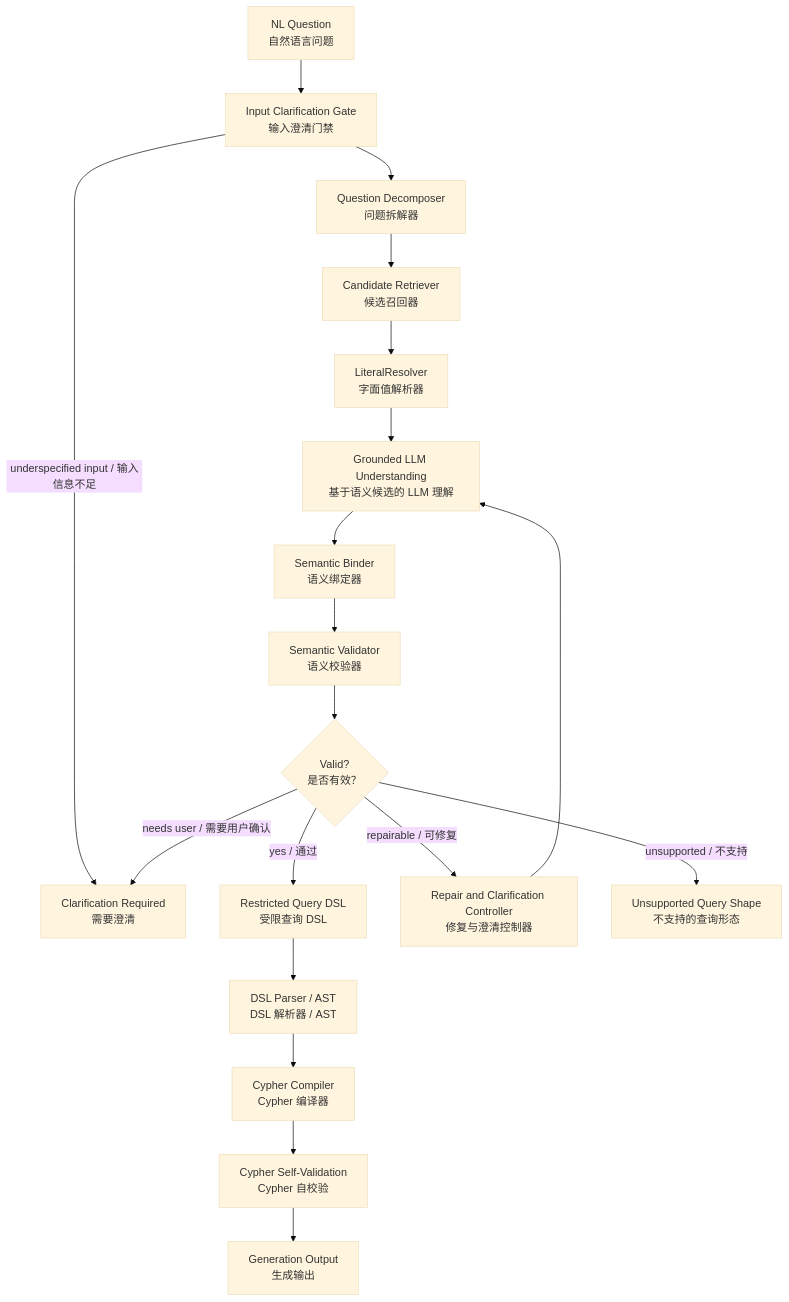
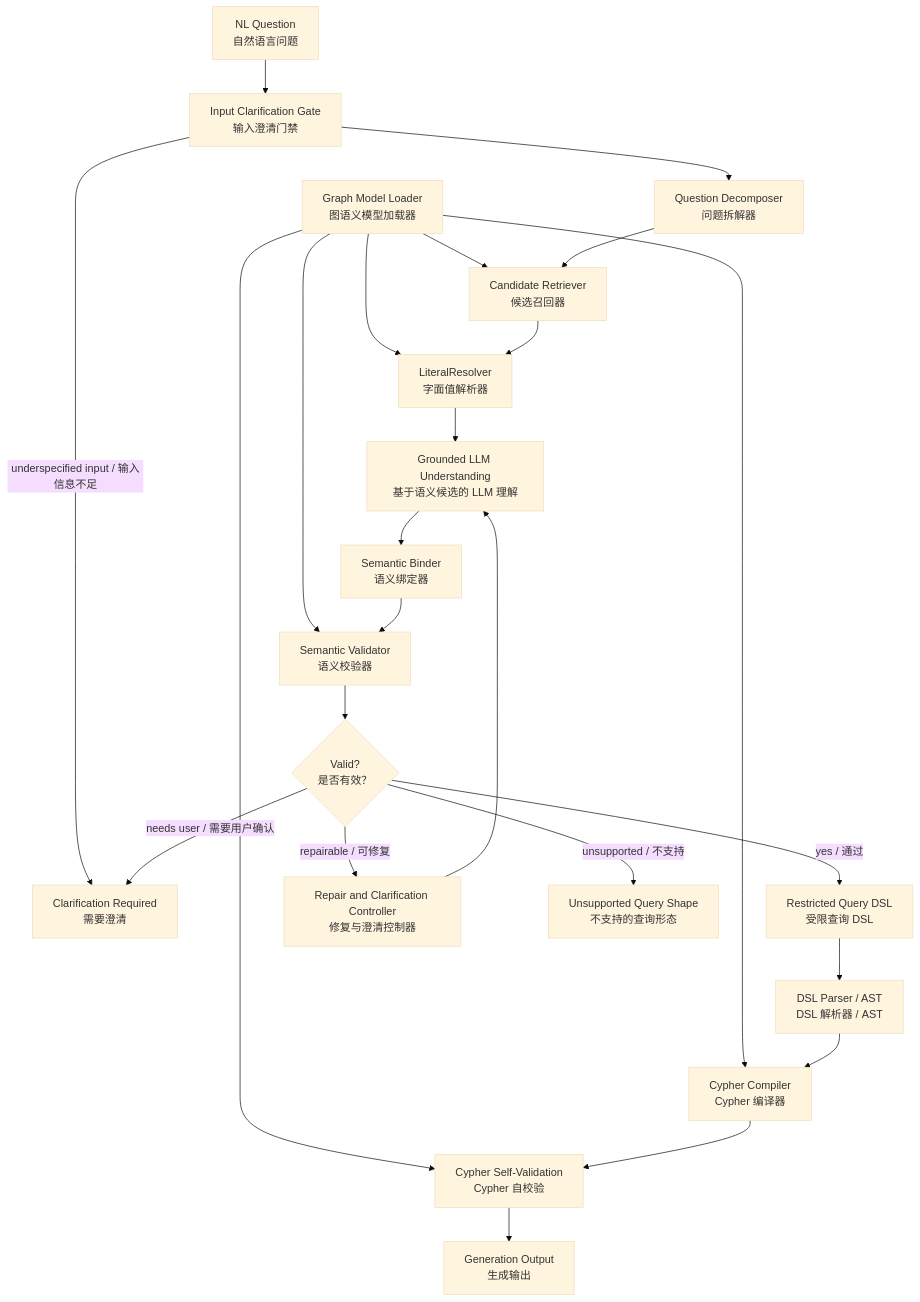
Before and after one commit to mangow0527/NL2Cypher: the diagram in docs/superpowers/specs/graph-cypher-generation/2026-05-27-overall-architecture-design.md, drawn with Mermaid (base theme). The commit also changed other lines of this file and 7 other files, not shown here.

````diff
--- a/docs/superpowers/specs/graph-cypher-generation/2026-05-27-overall-architecture-design.md
+++ b/docs/superpowers/specs/graph-cypher-generation/2026-05-27-overall-architecture-design.md
@@ -52,21 +54,26 @@
 ```mermaid
 flowchart TD
+  S["Graph Model Loader<br/>图语义模型加载器"] --> C
+  S --> D
+  S --> G
+  S --> N
+  S --> O
   A["NL Question<br/>自然语言问题"] --> A1["Input Clarification Gate<br/>输入澄清门禁"]
   A1 --> B["Question Decomposer<br/>问题拆解器"]
   A1 -->|"underspecified input / 输入信息不足"| K["Clarification Required<br/>需要澄清"]
   B --> C["Candidate Retriever<br/>候选召回器"]
   C --> D["LiteralResolver<br/>字面值解析器"]
   D --> E["Grounded LLM Understanding<br/>基于语义候选的 LLM 理解"]
   E --> F["Semantic Binder<br/>语义绑定器"]
   F --> G["Semantic Validator<br/>语义校验器"]
   G --> H{"Valid?<br/>是否有效？"}
   H -->|"yes / 通过"| I["Restricted Query DSL<br/>受限查询 DSL"]
   H -->|"repairable / 可修复"| J["Repair and Clarification Controller<br/>修复与澄清控制器"]
   J --> E
   H -->|"needs user / 需要用户确认"| K["Clarification Required<br/>需要澄清"]
   H -->|"unsupported / 不支持"| L["Unsupported Query Shape<br/>不支持的查询形态"]
   I --> M["DSL Parser / AST<br/>DSL 解析器 / AST"]
   M --> N["Cypher Compiler<br/>Cypher 编译器"]
   N --> O["Cypher Self-Validation<br/>Cypher 自校验"]
   O --> R["Generation Output<br/>生成输出"]
 ```
````
